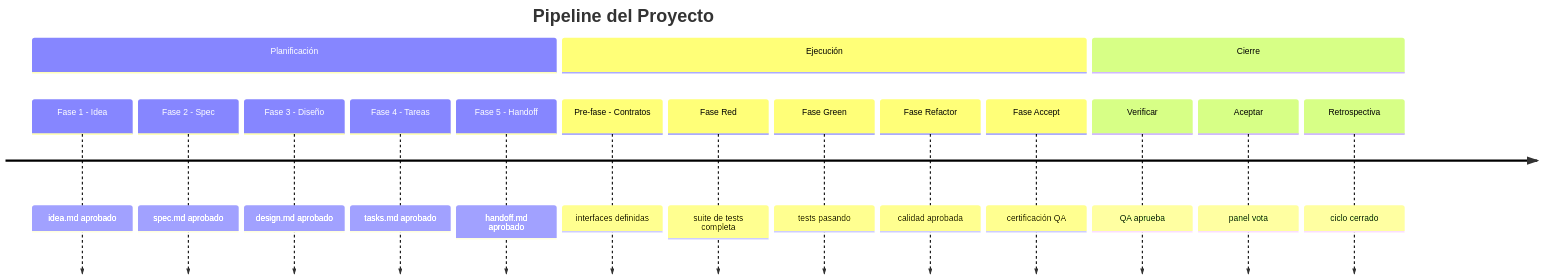
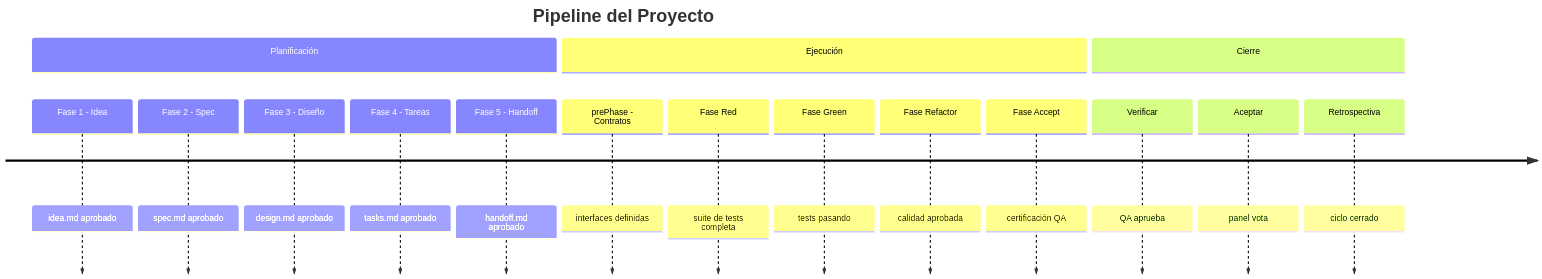
One commit to virgenherrera/idea-to-mvp changed the fourth of 11 diagrams in docs/overview.md. Above: the diagram before and after it, drawn with Mermaid. The commit also changed other lines of this file and 30 other files, not shown here.

````diff
--- a/docs/overview.md
+++ b/docs/overview.md
@@ -161,20 +179,20 @@
 ```mermaid
 timeline
     title Pipeline del Proyecto
     section Planificación
         Fase 1 - Idea : idea.md aprobado
         Fase 2 - Spec : spec.md aprobado
         Fase 3 - Diseño : design.md aprobado
         Fase 4 - Tareas : tasks.md aprobado
         Fase 5 - Handoff : handoff.md aprobado
     section Ejecución
-        Pre-fase - Contratos : interfaces definidas
+        prePhase - Contratos : interfaces definidas
         Fase Red : suite de tests completa
         Fase Green : tests pasando
         Fase Refactor : calidad aprobada
         Fase Accept : certificación QA
     section Cierre
         Verificar : QA aprueba
         Aceptar : panel vota
         Retrospectiva : ciclo cerrado
 ```
````
